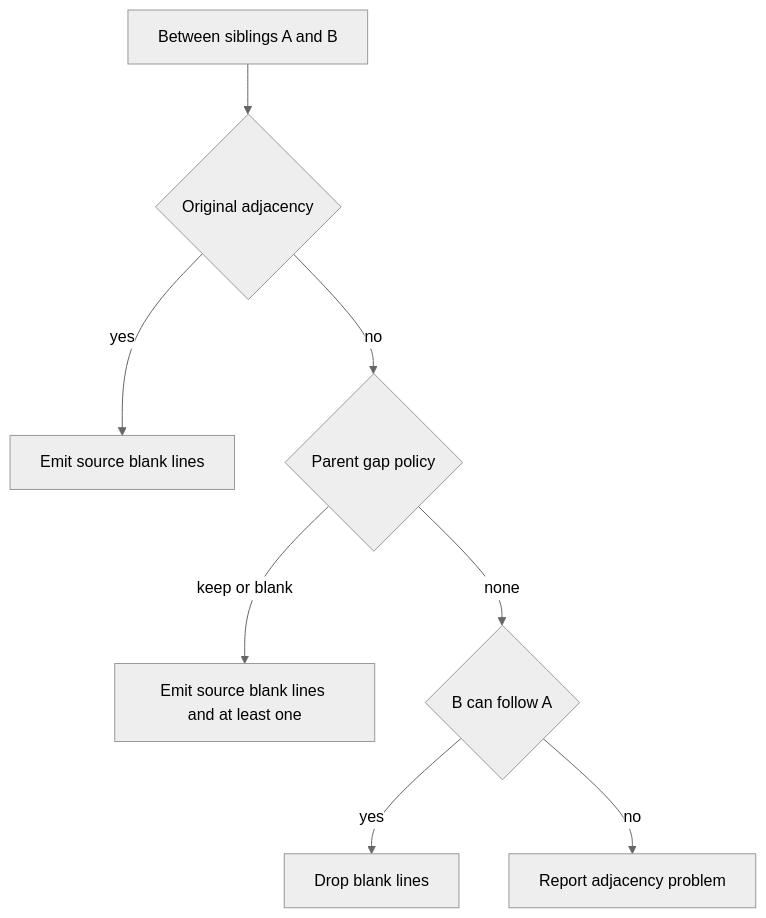
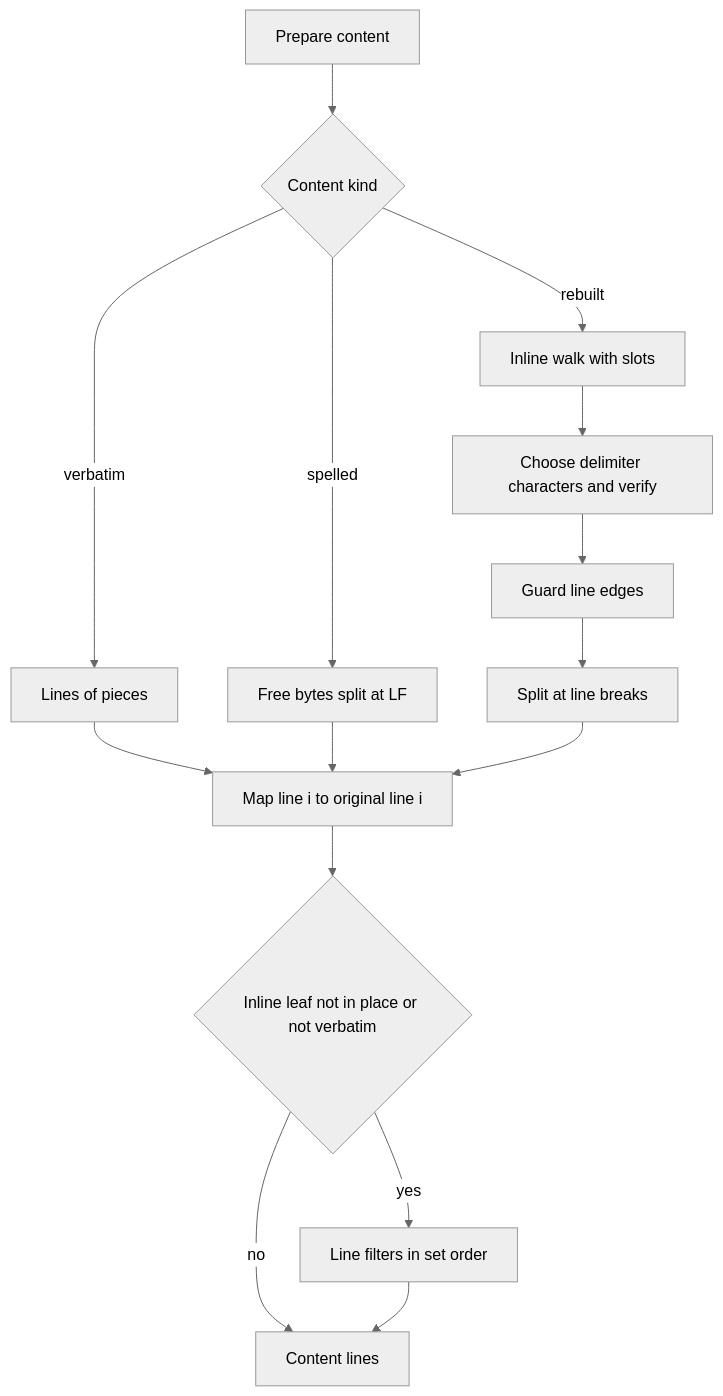
The fourth of 6 diagrams in .kiro/specs/markdown-renderer/design.md (ktdevx/amark-private2), drawn with Mermaid (neutral theme) before and after one commit. The commit also changed other lines of this file and 4 other files, not shown here.

````diff
--- a/.kiro/specs/markdown-renderer/design.md
+++ b/.kiro/specs/markdown-renderer/design.md
@@ -268,10 +285,17 @@
 ```mermaid
 graph TB
-    Gap[Between siblings A and B] --> Orig{Original adjacency}
-    Orig -->|yes| Keep[Emit source blank lines]
-    Orig -->|no| Policy{Parent gap policy}
-    Policy -->|keep or blank| Blank[Emit source blank lines and at least one]
-    Policy -->|none| Direct{B can follow A}
-    Direct -->|yes| Drop[Drop blank lines]
-    Direct -->|no| Fail[Report adjacency problem]
+    Prepare[Prepare content] --> Kind{Content kind}
+    Kind -->|verbatim| Pieces[Lines of pieces]
+    Kind -->|spelled| Split[Free bytes split at LF]
+    Kind -->|rebuilt| Walk[Inline walk with slots]
+    Walk --> Runs[Choose delimiter characters and verify]
+    Runs --> Edges[Guard line edges]
+    Edges --> SplitBreaks[Split at line breaks]
+    Pieces --> Map[Map line i to original line i]
+    Split --> Map
+    SplitBreaks --> Map
+    Map --> Filter{Inline leaf not in place or not verbatim}
+    Filter -->|yes| Filters[Line filters in set order]
+    Filter -->|no| Ready[Content lines]
+    Filters --> Ready
 ```
````
